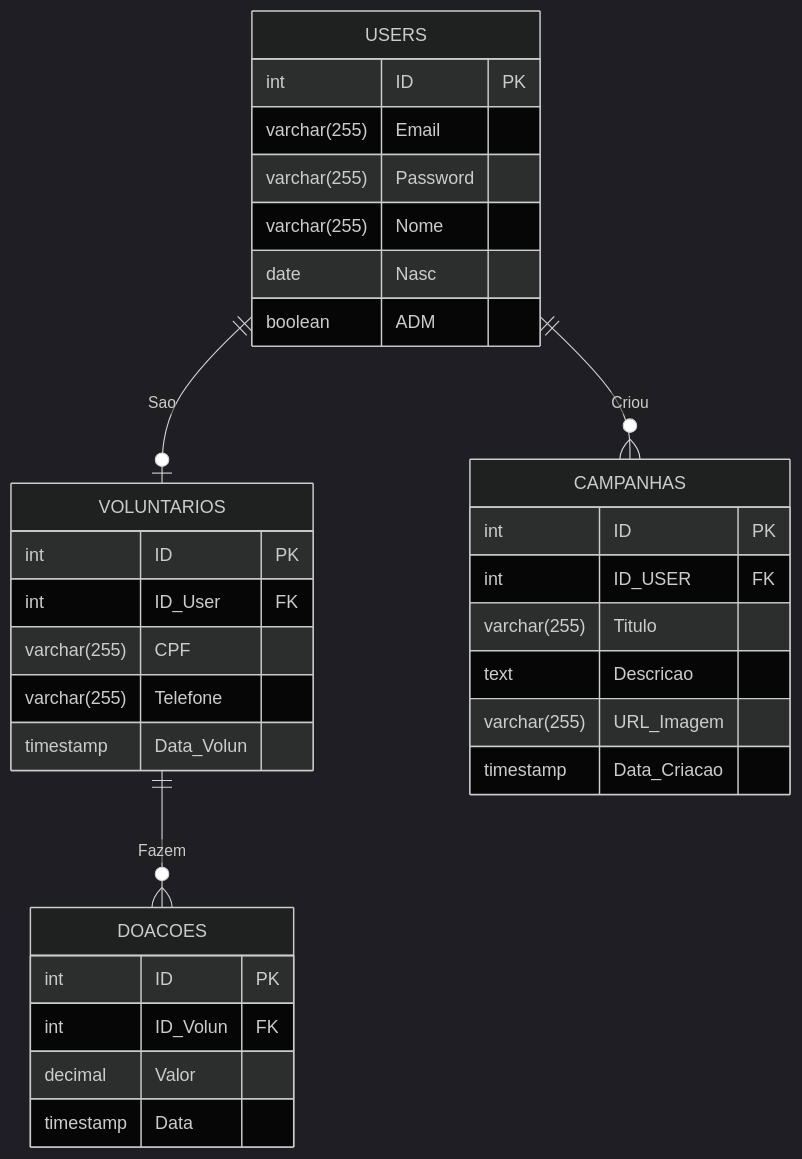
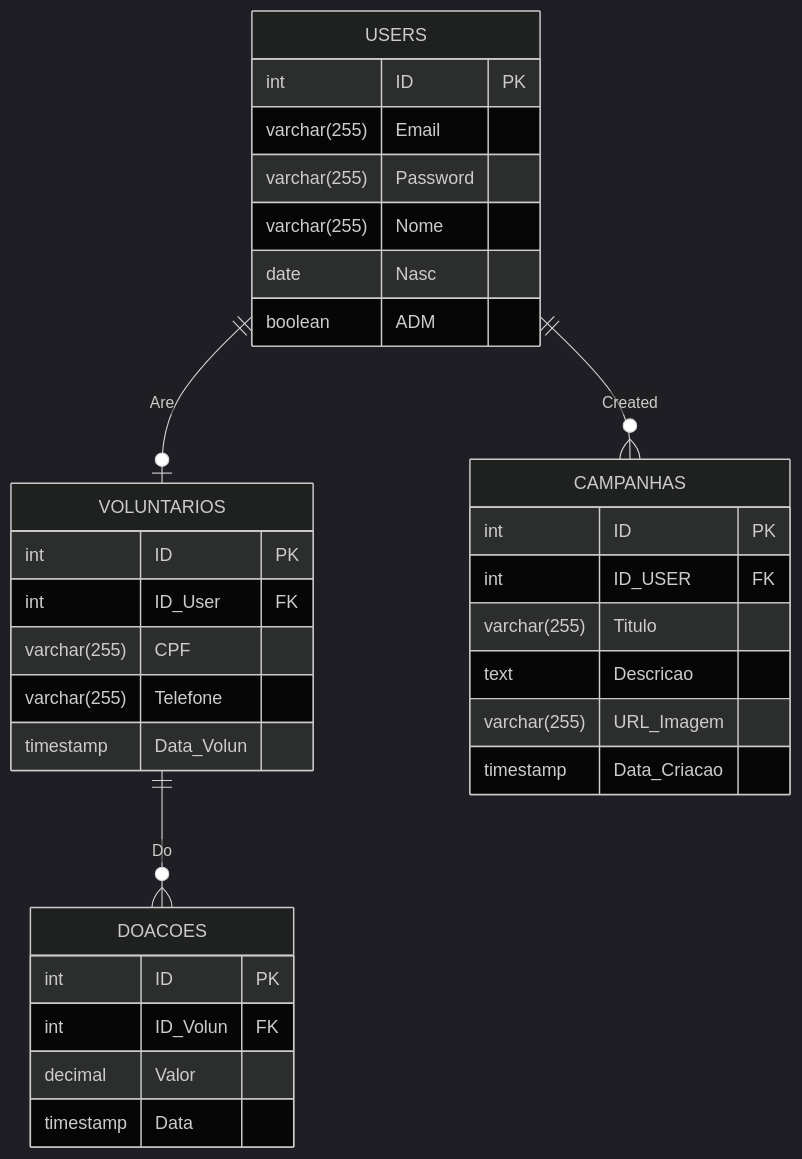
The diagram in documentation/bcd.md (rafzsxl/cuide_dequem_cuidou), drawn with Mermaid (dark theme) before and after one commit. The commit also changed other lines of this file and 9 other files, not shown here.

````diff
--- a/documentation/bcd.md
+++ b/documentation/bcd.md
@@ -1,44 +3,44 @@
 ```mermaid
 erDiagram
 
     USERS{
         int ID PK
         varchar(255) Email
         varchar(255) Password
         varchar(255) Nome
         date Nasc
         boolean ADM
 
     }
 
     VOLUNTARIOS{
         int ID PK
         int ID_User FK
         varchar(255) CPF
         varchar(255) Telefone
         timestamp Data_Volun
     }
 
 
     DOACOES{
         int ID PK
         int ID_Volun FK
         decimal Valor
         timestamp Data
     }
 
     CAMPANHAS{
         int ID PK
         int ID_USER FK 
         varchar(255) Titulo
         text Descricao
         varchar(255) URL_Imagem
         timestamp Data_Criacao
     }
 
-    USERS ||--o| VOLUNTARIOS : "Sao"
-    VOLUNTARIOS ||--o{ DOACOES : "Fazem"
-    USERS ||--o{ CAMPANHAS: "Criou"
+    USERS ||--o| VOLUNTARIOS : "Are"
+    VOLUNTARIOS ||--o{ DOACOES : "Do"
+    USERS ||--o{ CAMPANHAS: "Created"
 
 
 ```
````
